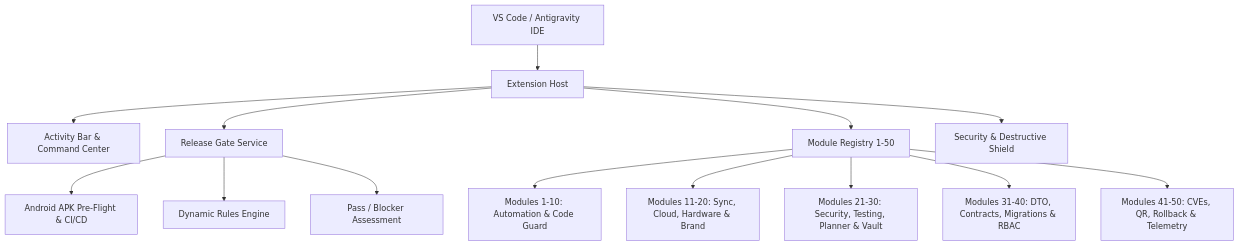
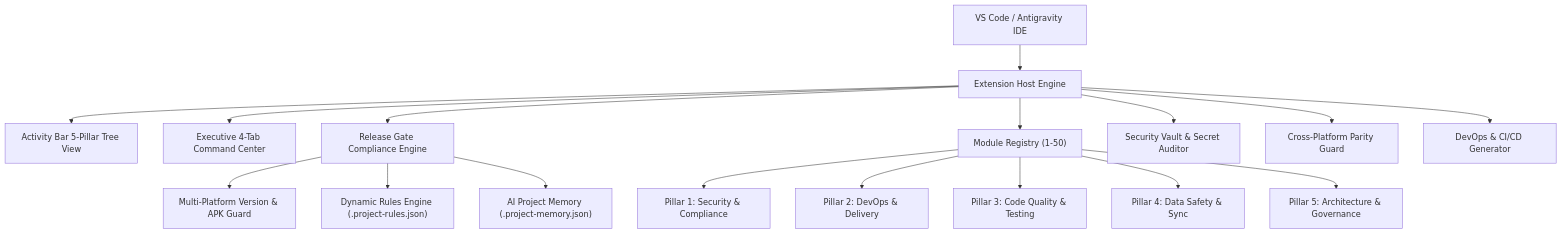
Before and after one commit to sajjadhossan/sajjad-antigravity-master-agent: the diagram in docs/ARCHITECTURE.md, drawn with Mermaid. The commit also changed other lines of this file and 4 other files, not shown here.

Commit message:
docs: enrich architecture, user manual in bangla, changelog and bilingual readmes

````diff
--- a/docs/ARCHITECTURE.md
+++ b/docs/ARCHITECTURE.md
@@ -6,18 +6,21 @@
 ```mermaid
 flowchart TD
-    IDE[VS Code / Antigravity IDE] --> Core[Extension Host]
-    Core --> Bar[Activity Bar & Command Center]
-    Core --> Gate[Release Gate Service]
-    Core --> Reg[Module Registry 1-50]
-    Core --> Vault[Security & Destructive Shield]
+    IDE["VS Code / Antigravity IDE"] --> Host["Extension Host Engine"]
+    Host --> Bar["Activity Bar 5-Pillar Tree View"]
+    Host --> Webview["Executive 4-Tab Command Center"]
+    Host --> Gate["Release Gate Compliance Engine"]
+    Host --> Reg["Module Registry (1-50)"]
+    Host --> Vault["Security Vault & Secret Auditor"]
+    Host --> Parity["Cross-Platform Parity Guard"]
+    Host --> DevOps["DevOps & CI/CD Generator"]
     
-    Reg --> M1[Modules 1-10: Automation & Code Guard]
-    Reg --> M2[Modules 11-20: Sync, Cloud, Hardware & Brand]
-    Reg --> M3[Modules 21-30: Security, Testing, Planner & Vault]
-    Reg --> M4[Modules 31-40: DTO, Contracts, Migrations & RBAC]
-    Reg --> M5[Modules 41-50: CVEs, QR, Rollback & Telemetry]
+    Reg --> P1["Pillar 1: Security & Compliance"]
+    Reg --> P2["Pillar 2: DevOps & Delivery"]
+    Reg --> P3["Pillar 3: Code Quality & Testing"]
+    Reg --> P4["Pillar 4: Data Safety & Sync"]
+    Reg --> P5["Pillar 5: Architecture & Governance"]
     
-    Gate --> PreFlight[Android APK Pre-Flight & CI/CD]
-    Gate --> Rules[Dynamic Rules Engine]
-    Gate --> Audit[Pass / Blocker Assessment]
+    Gate --> PreFlight["Multi-Platform Version & APK Guard"]
+    Gate --> Rules["Dynamic Rules Engine (.project-rules.json)"]
+    Gate --> Memory["AI Project Memory (.project-memory.json)"]
 ```
````
